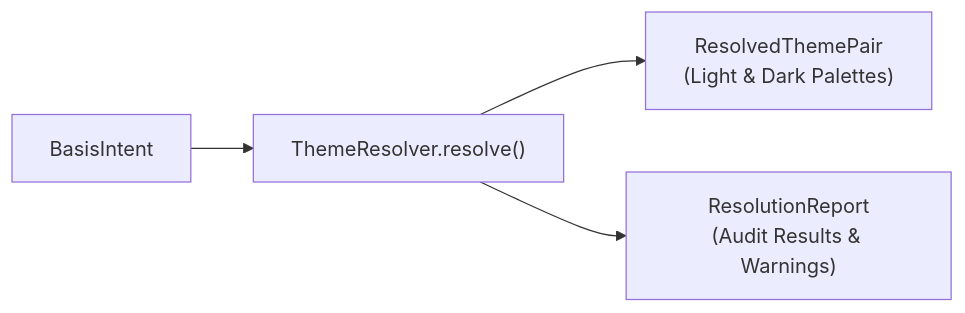
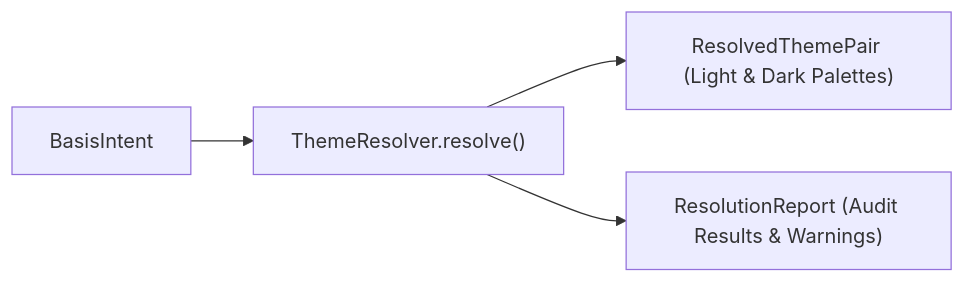
The diagram in docs/docs-site/src/content/docs/theming/resolution.mdx (alph-a07/basis), drawn with Mermaid before and after one commit. The commit also changed 8 other files, not shown here.

Commit message:
fix(docs): resolve mermaid code block selector and render interactive diagrams

````diff
--- a/docs/docs-site/src/content/docs/theming/resolution.mdx
+++ b/docs/docs-site/src/content/docs/theming/resolution.mdx
@@ -11,6 +11,6 @@
 ```mermaid
 flowchart LR
     Intent["BasisIntent"] --> Resolver["ThemeResolver.resolve()"]
-    Resolver --> Theme["ResolvedThemePair<br/>(Light & Dark Palettes)"]
-    Resolver --> Report["ResolutionReport<br/>(Audit Results & Warnings)"]
+    Resolver --> Theme["ResolvedThemePair (Light & Dark Palettes)"]
+    Resolver --> Report["ResolutionReport (Audit Results & Warnings)"]
 ```
````
